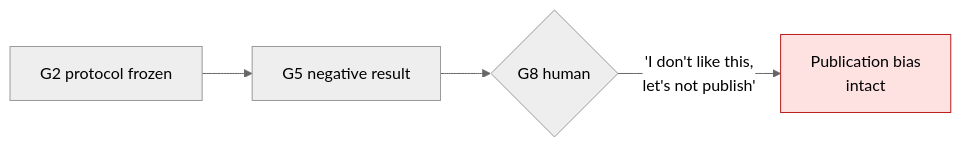
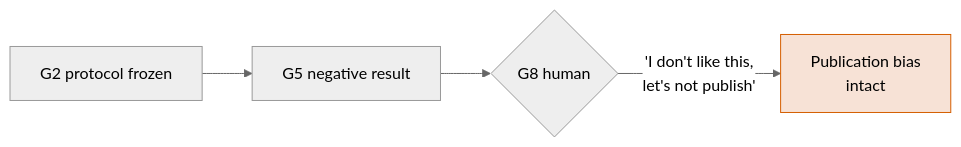
Before and after one commit to furkanhanilci/AETHRION: the tenth of 22 diagrams in docs/architecture/AIRL_OS_ARCHITECTURE.md, drawn with Mermaid (neutral theme). The commit also changed other lines of this file and 32 other files, not shown here.

````diff
--- a/docs/architecture/AIRL_OS_ARCHITECTURE.md
+++ b/docs/architecture/AIRL_OS_ARCHITECTURE.md
@@ -314,6 +357,6 @@
 ```mermaid
 flowchart LR
     A["G2 protocol frozen"] --> B["G5 negative result"] --> C{"G8 human"}
     C -->|"'I don't like this,<br/>let's not publish'"| D["Publication bias<br/>intact"]
-    style D fill:#fee2e2,stroke:#b91c1c,color:#000
+    style D fill:#F7E2D6,stroke:#D55E00,color:#000
 ```
````
